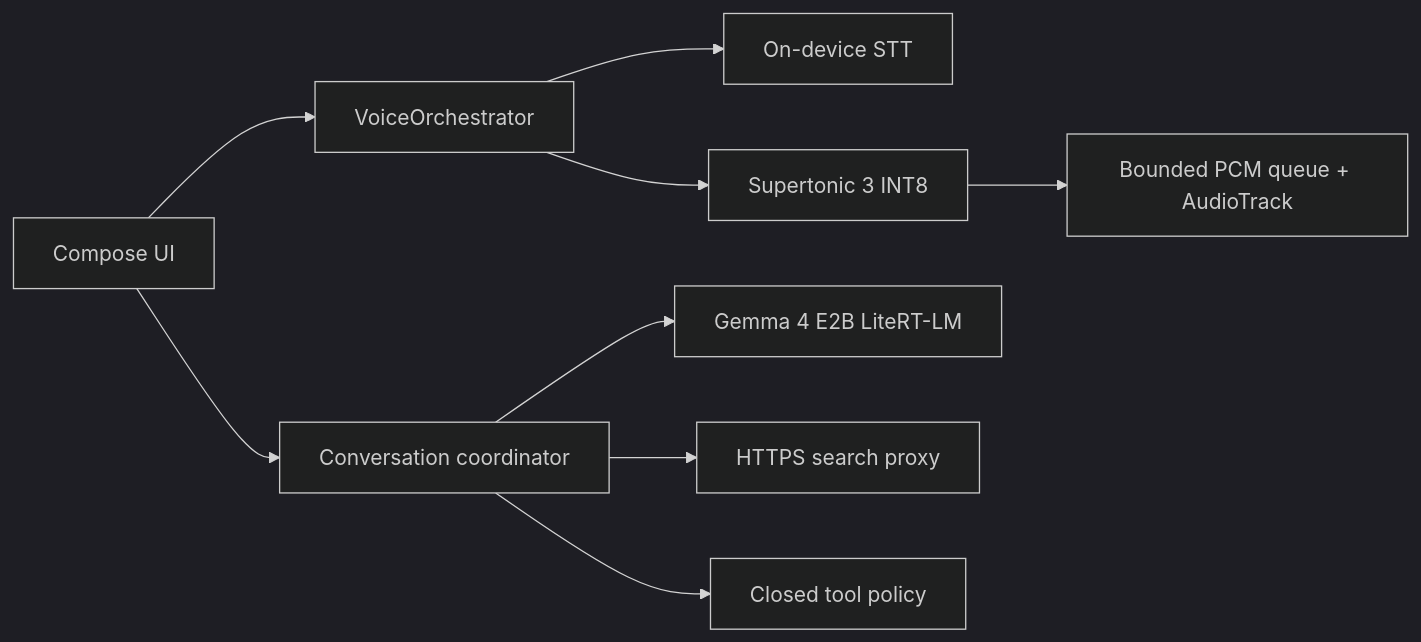
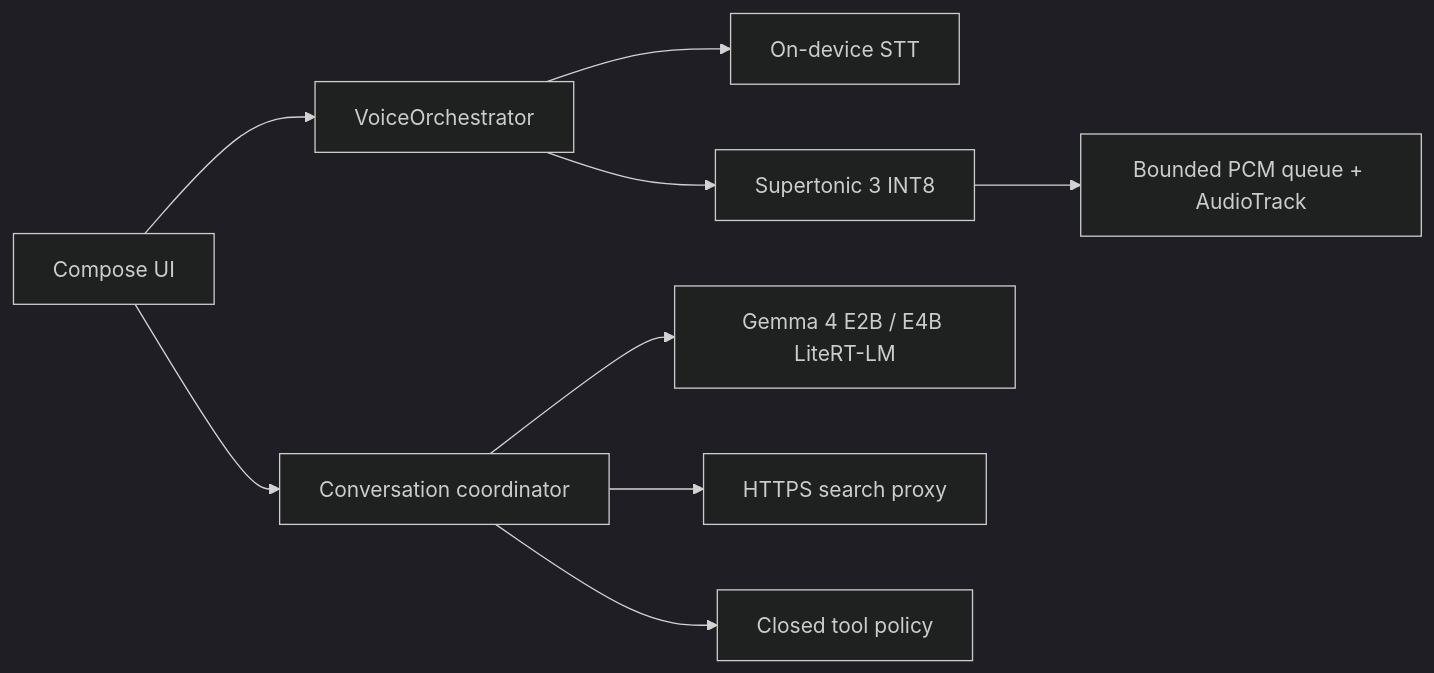
Before and after one commit to kutaelee/my-dear: the diagram in docs/architecture.md, drawn with Mermaid (dark theme). The commit also changed other lines of this file and 53 other files, not shown here.

````diff
--- a/docs/architecture.md
+++ b/docs/architecture.md
@@ -7,11 +7,11 @@
 ```mermaid
 flowchart LR
   UI["Compose UI"] --> VO["VoiceOrchestrator"]
   UI --> CHAT["Conversation coordinator"]
   VO --> STT["On-device STT"]
-  CHAT --> LLM["Gemma 4 E2B LiteRT-LM"]
+  CHAT --> LLM["Gemma 4 E2B / E4B LiteRT-LM"]
   CHAT --> SEARCH["HTTPS search proxy"]
   CHAT --> POLICY["Closed tool policy"]
   VO --> TTS["Supertonic 3 INT8"]
   TTS --> PCM["Bounded PCM queue + AudioTrack"]
 ```
````
